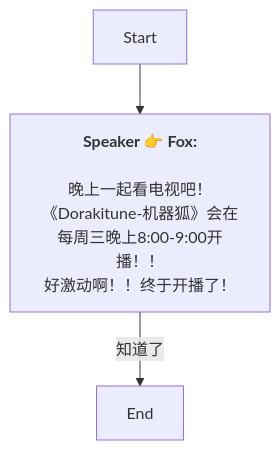
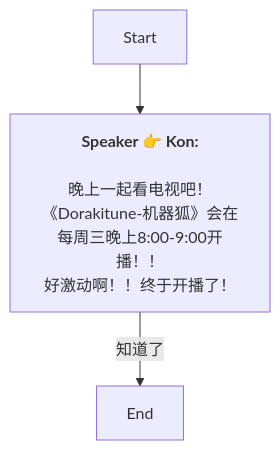
Before and after one commit to SoftHu/tos_avg: the diagram in Zh/QuestStartTalkENode_1751904922671817.md, drawn with Mermaid. The commit also changed 730 other files, not shown here.

````diff
--- a/Zh/QuestStartTalkENode_1751904922671817.md
+++ b/Zh/QuestStartTalkENode_1751904922671817.md
@@ -1,8 +1,8 @@
 ```mermaid
 graph
-Start -->1751904956332748[<b>Speaker 👉 Fox:</b>
+Start -->1751904956332748[<b>Speaker 👉 Kon:</b>
 \n晚上一起看电视吧！
 《Dorakitune-机器狐》会在每周三晚上8:00-9:00开播！！\n好激动啊！！终于开播了！]
 1751904956332748 -->|知道了|1751905106071250[End]
 
 ```
````
